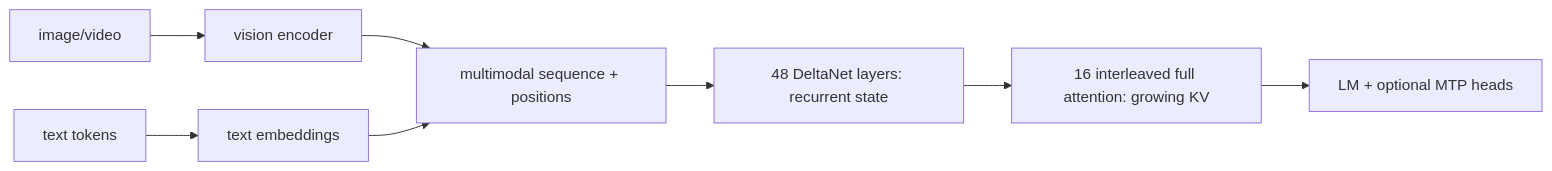
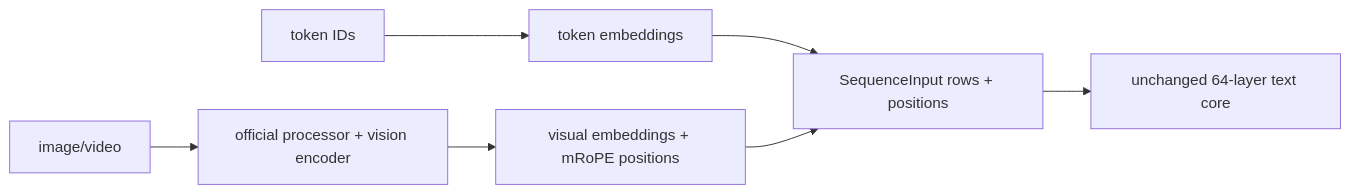
The diagram in docs/inference-handbook/10-qwen-transfer.md (Enucatl/ds4), drawn with Mermaid before and after one commit. The commit also changed other lines of this file and 12 other files, not shown here.

````diff
--- a/docs/inference-handbook/10-qwen-transfer.md
+++ b/docs/inference-handbook/10-qwen-transfer.md
@@ -32,10 +44,9 @@
 ```mermaid
 flowchart LR
-  M[image/video] --> V[vision encoder]
-  T[text tokens] --> E[text embeddings]
-  V --> Q[multimodal sequence + positions]
-  E --> Q
-  Q --> D[48 DeltaNet layers: recurrent state]
-  D --> A[16 interleaved full attention: growing KV]
-  A --> H[LM + optional MTP heads]
+  T[token IDs] --> E[token embeddings]
+  V[image/video] --> P[official processor + vision encoder]
+  P --> X[visual embeddings + mRoPE positions]
+  E --> S[SequenceInput rows + positions]
+  X --> S
+  S --> C[unchanged 64-layer text core]
 ```
````
